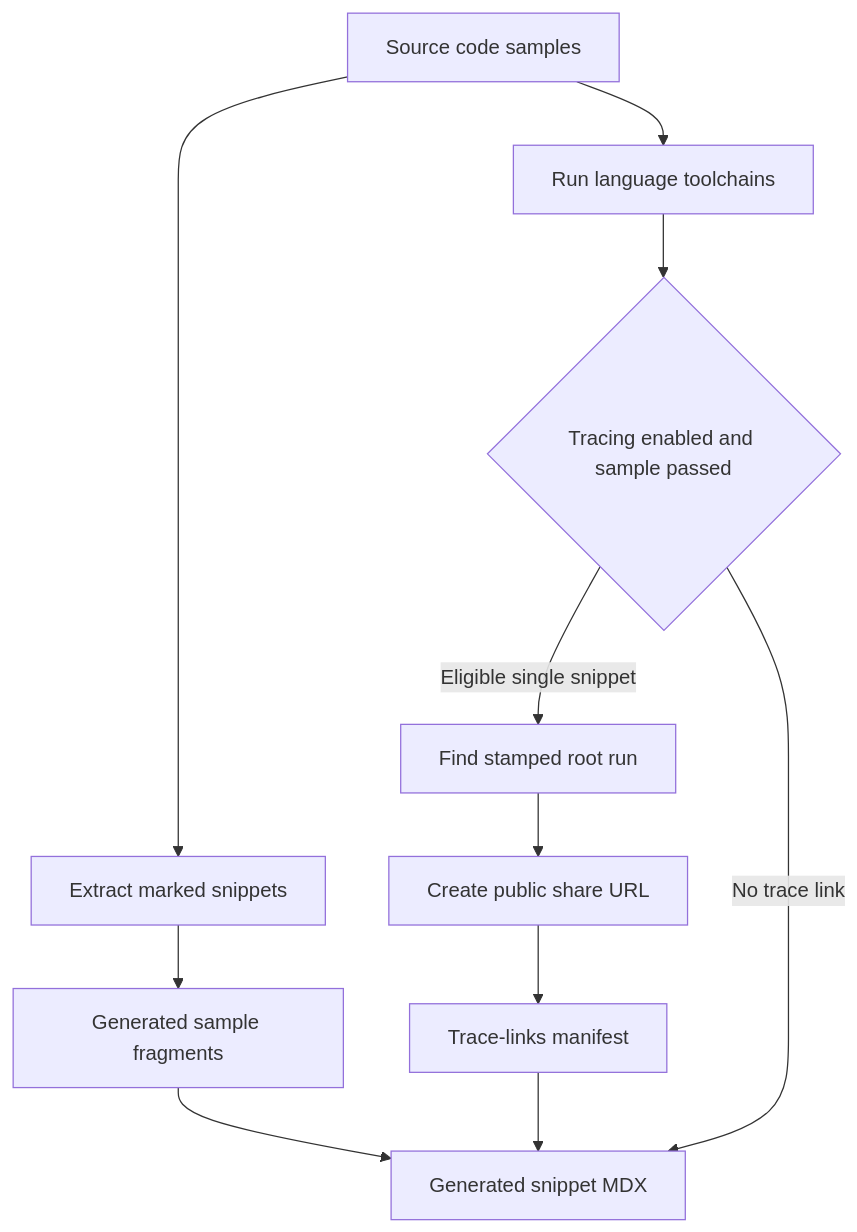
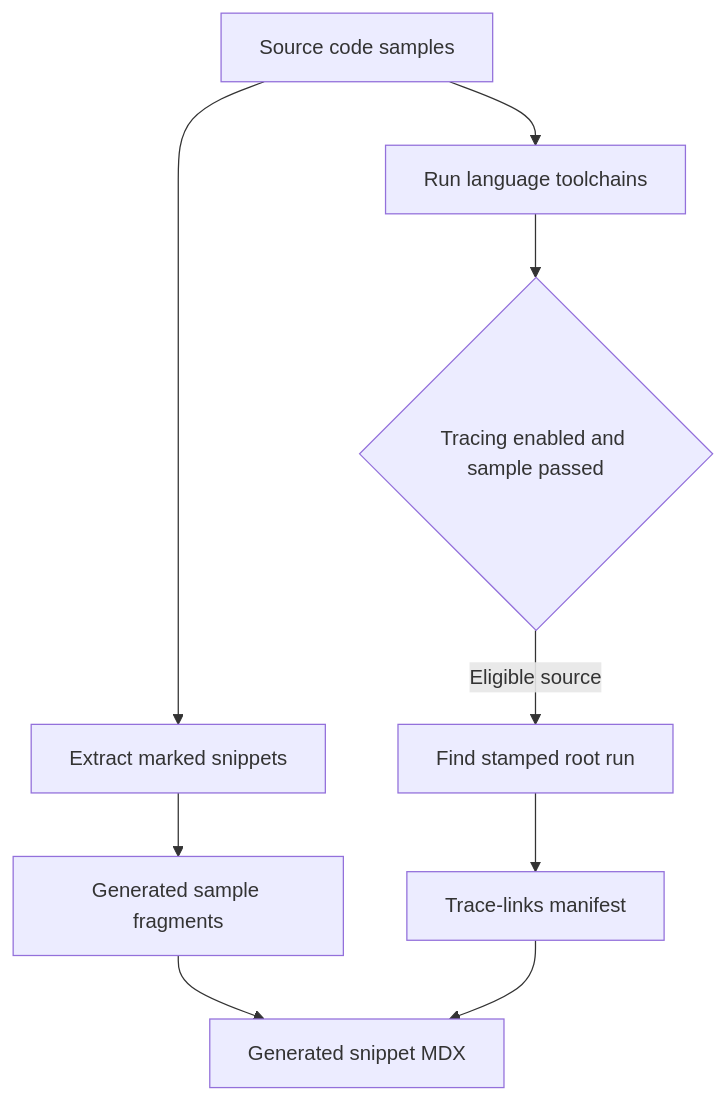
The second of 2 diagrams in openwiki/operations/cli-tools.md (rishi-raj-jain/docs-1), drawn with Mermaid before and after one commit. The commit also changed other lines of this file and 53 other files, not shown here.

````diff
--- a/openwiki/operations/cli-tools.md
+++ b/openwiki/operations/cli-tools.md
@@ -147,13 +152,11 @@
 ```mermaid
 flowchart TD
-  Source["Source code samples"] --> Test["Run language toolchains"]
-  Source --> Extract["Extract marked snippets"]
+  Source["Source code samples"] --> Extract["Extract marked snippets"]
   Extract --> Intermediate["Generated sample fragments"]
   Intermediate --> MDX["Generated snippet MDX"]
+  Source --> Test["Run language toolchains"]
   Test --> Gate{"Tracing enabled and sample passed"}
-  Gate -->|"Eligible single snippet"| Find["Find stamped root run"]
-  Find --> Share["Create public share URL"]
-  Share --> Manifest["Trace-links manifest"]
+  Gate -->|"Eligible source"| Find["Find stamped root run"]
+  Find --> Manifest["Trace-links manifest"]
   Manifest --> MDX
-  Gate -->|"No trace link"| MDX
 ```
````
